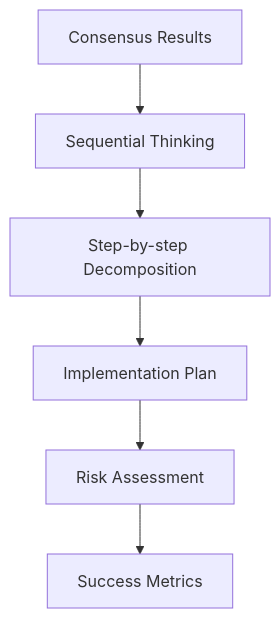
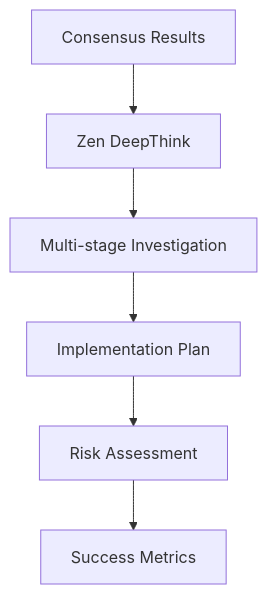
One commit to vicle1908/githubusers changed the third of 9 diagrams in .cursor/rules/enhanced-research-strategy.mdc. Above: the diagram before and after it, drawn with Mermaid. The commit also changed other lines of this file and 17 other files, not shown here.

````diff
--- a/.cursor/rules/enhanced-research-strategy.mdc
+++ b/.cursor/rules/enhanced-research-strategy.mdc
@@ -128,8 +287,8 @@
 ```mermaid
 graph TD
-    A[Consensus Results] --> B[Sequential Thinking]
-    B --> C[Step-by-step Decomposition]
+    A[Consensus Results] --> B[Zen DeepThink]
+    B --> C[Multi-stage Investigation]
     C --> D[Implementation Plan]
     D --> E[Risk Assessment]
     E --> F[Success Metrics]
 ```
````
